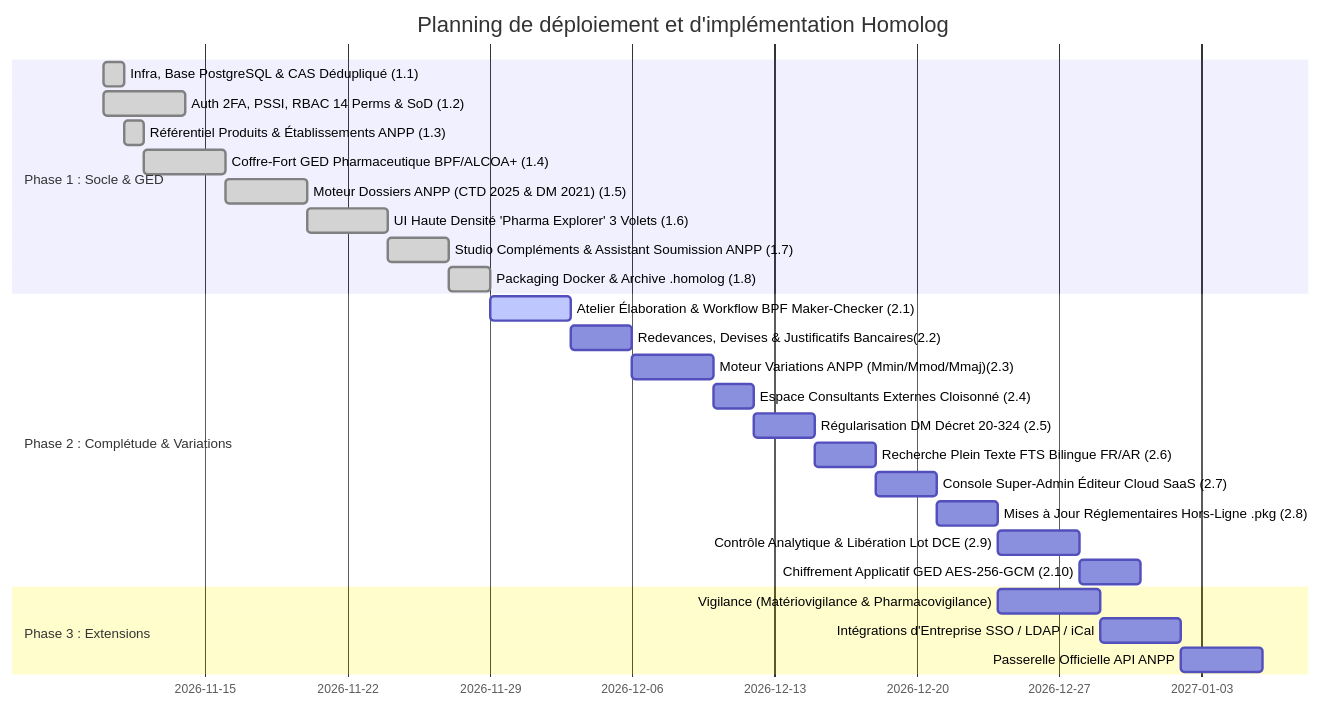
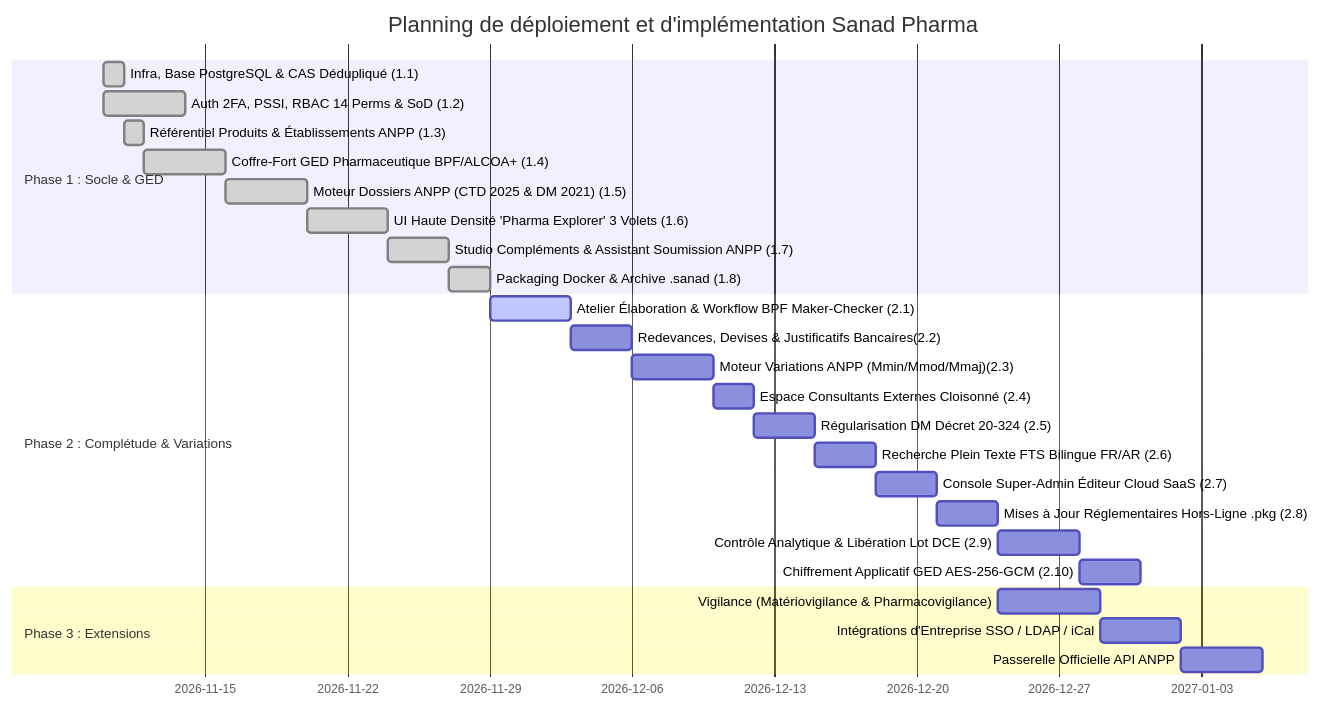
Before and after one commit to aassr1965/homolog: the diagram in docs/roadmap.md, drawn with Mermaid. The commit also changed other lines of this file and 2 other files, not shown here.

Commit message:
docs(branding): formalize Sanad Pharma identity, module naming, and fix section numbering

````diff
--- a/docs/roadmap.md
+++ b/docs/roadmap.md
@@ -20,29 +20,29 @@
 ```mermaid
 gantt
-    title Planning de déploiement et d'implémentation Homolog
+    title Planning de déploiement et d'implémentation Sanad Pharma
     dateFormat  YYYY-MM-DD
     section Phase 1 : Socle & GED
     Infra, Base PostgreSQL & CAS Dédupliqué (1.1)    :done, p1_1, 2026-11-10, 1d
     Auth 2FA, PSSI, RBAC 14 Perms & SoD (1.2)        :done, p1_2, 2026-11-10, 4d
     Référentiel Produits & Établissements ANPP (1.3) :done, p1_3, 2026-11-11, 1d
     Coffre-Fort GED Pharmaceutique BPF/ALCOA+ (1.4)  :done, p1_4, after p1_3, 4d
     Moteur Dossiers ANPP (CTD 2025 & DM 2021) (1.5)  :done, p1_5, after p1_4, 4d
     UI Haute Densité 'Pharma Explorer' 3 Volets (1.6):done, p1_6, after p1_5, 4d
     Studio Compléments & Assistant Soumission ANPP (1.7) :done, p1_7, after p1_6, 3d
-    Packaging Docker & Archive .homolog (1.8)        :done, p1_8, after p1_7, 2d
+    Packaging Docker & Archive .sanad (1.8)          :done, p1_8, after p1_7, 2d
     section Phase 2 : Complétude & Variations
     Atelier Élaboration & Workflow BPF Maker-Checker (2.1):active, p2_1, after p1_8, 4d
     Redevances, Devises & Justificatifs Bancaires(2.2):p2_2, after p2_1, 3d
     Moteur Variations ANPP (Mmin/Mmod/Mmaj)(2.3)     :p2_3, after p2_2, 4d
     Espace Consultants Externes Cloisonné (2.4)      :p2_4, after p2_3, 2d
     Régularisation DM Décret 20-324 (2.5)            :p2_5, after p2_4, 3d
     Recherche Plein Texte FTS Bilingue FR/AR (2.6)   :p2_6, after p2_5, 3d
     Console Super-Admin Éditeur Cloud SaaS (2.7)     :p2_7, after p2_6, 3d
     Mises à Jour Réglementaires Hors-Ligne .pkg (2.8):p2_8, after p2_7, 3d
     Contrôle Analytique & Libération Lot DCE (2.9)   :p2_9, after p2_8, 4d
     Chiffrement Applicatif GED AES-256-GCM (2.10)   :p2_10, after p2_9, 3d
     section Phase 3 : Extensions
     Vigilance (Matériovigilance & Pharmacovigilance) :p3_1, after p2_8, 5d
     Intégrations d'Entreprise SSO / LDAP / iCal      :p3_2, after p3_1, 4d
     Passerelle Officielle API ANPP                   :p3_3, after p3_2, 4d
 ```
````
